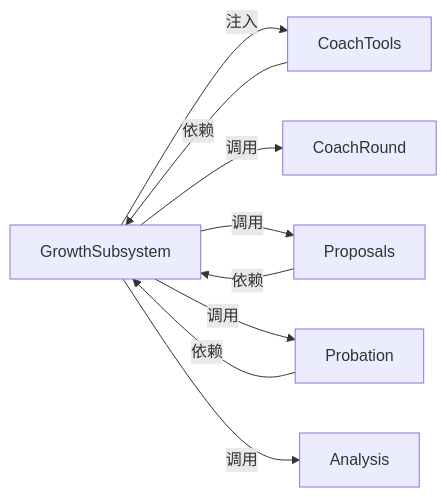
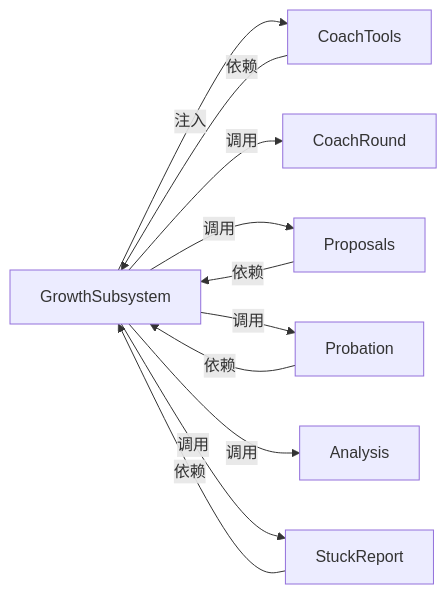
The ninth of 9 diagrams in .qoder/repowiki/zh/content/引擎核心/子系统架构/成长子系统.md (maozhijie/learnhub-plugin), drawn with Mermaid before and after one commit. The commit also changed other lines of this file and 8 other files, not shown here.

````diff
--- a/.qoder/repowiki/zh/content/引擎核心/子系统架构/成长子系统.md
+++ b/.qoder/repowiki/zh/content/引擎核心/子系统架构/成长子系统.md
@@ -281,11 +359,13 @@
 ```mermaid
 graph LR
 GS["GrowthSubsystem"] --> |注入| CT["CoachTools"]
 GS --> |调用| CR["CoachRound"]
 GS --> |调用| PR["Proposals"]
 GS --> |调用| PB["Probation"]
 GS --> |调用| AN["Analysis"]
+GS --> |调用| SR["StuckReport"]
 CT --> |依赖| GS
 PR --> |依赖| GS
 PB --> |依赖| GS
+SR --> |依赖| GS
 ```
````
